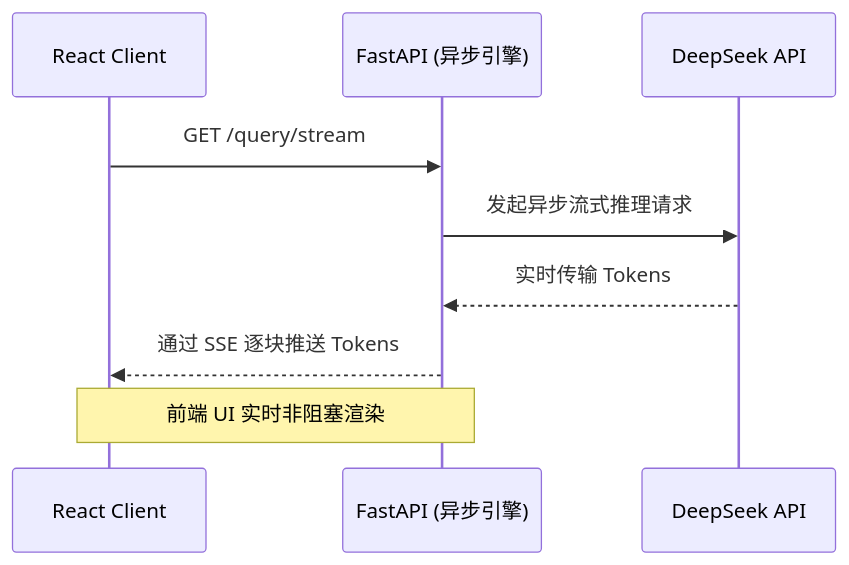
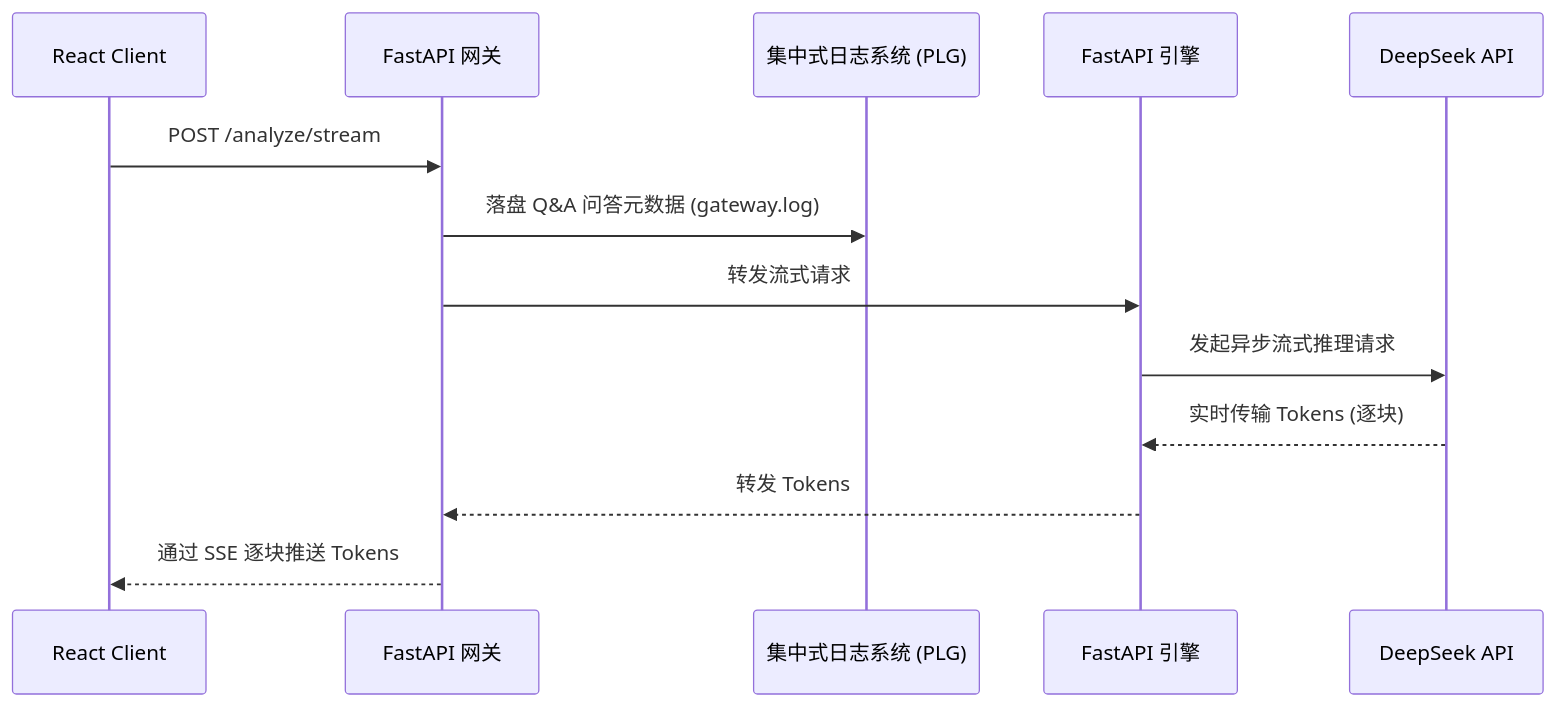
The second of 5 diagrams in README_zh.md (joe-ging/AI_Stock_Analyst_Enterprise), drawn with Mermaid before and after one commit. The commit also changed other lines of this file and 8 other files, not shown here.

Commit message:
docs: comprehensive update to logging architecture and READMEs

````diff
--- a/README_zh.md
+++ b/README_zh.md
@@ -80,12 +83,16 @@
 ```mermaid
 sequenceDiagram
     participant UI as React Client
-    participant Engine as FastAPI (异步引擎)
+    participant Gateway as FastAPI 网关
+    participant Log as 集中式日志系统 (PLG)
+    participant Engine as FastAPI 引擎
     participant DeepSeek as DeepSeek API
     
-    UI->>Engine: GET /query/stream
+    UI->>Gateway: POST /analyze/stream
+    Gateway->>Log: 落盘 Q&A 问答元数据 (gateway.log)
+    Gateway->>Engine: 转发流式请求
     Engine->>DeepSeek: 发起异步流式推理请求
-    DeepSeek-->>Engine: 实时传输 Tokens
-    Engine-->>UI: 通过 SSE 逐块推送 Tokens
-    Note over UI, Engine: 前端 UI 实时非阻塞渲染
+    DeepSeek-->>Engine: 实时传输 Tokens (逐块)
+    Engine-->>Gateway: 转发 Tokens
+    Gateway-->>UI: 通过 SSE 逐块推送 Tokens
 ```
````
